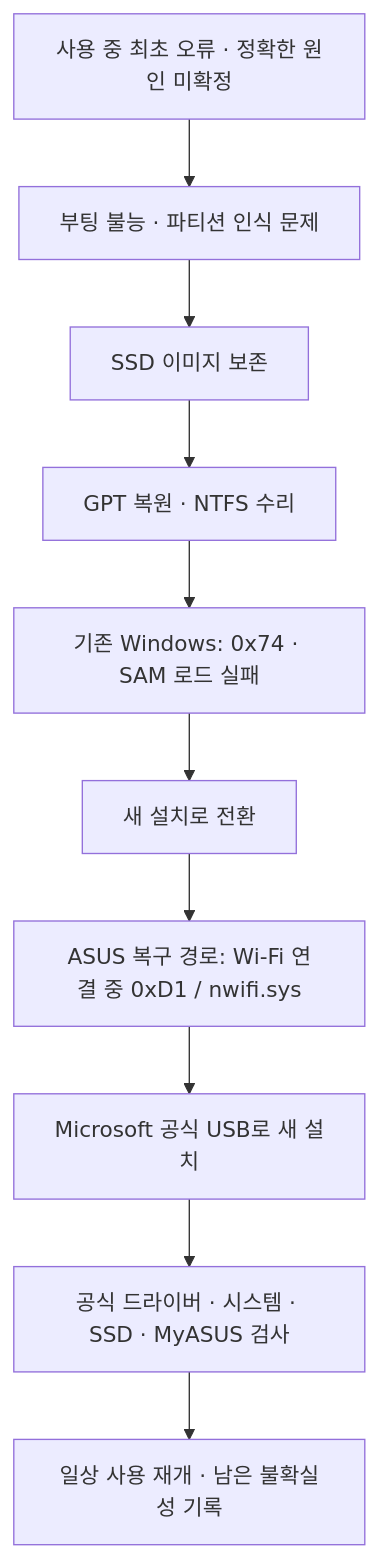
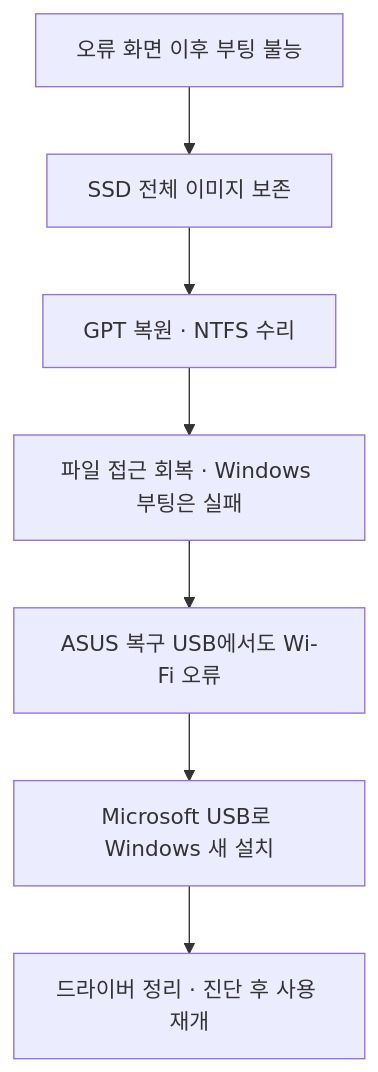
One commit to MoriochoRadio/asus-g14-recovery-journal changed the diagram in README.md. Above: the diagram before and after it, drawn with Mermaid. The commit also changed other lines of this file and 8 other files, not shown here.

```diff
--- a/README.md
+++ b/README.md
@@ -26,12 +32,9 @@
 ~~~mermaid
 flowchart TD
-    A["사용 중 최초 오류 · 정확한 원인 미확정"] --> B["부팅 불능 · 파티션 인식 문제"]
-    B --> C["SSD 이미지 보존"]
-    C --> D["GPT 복원 · NTFS 수리"]
-    D --> E["기존 Windows: 0x74 · SAM 로드 실패"]
-    E --> F["새 설치로 전환"]
-    F --> G["ASUS 복구 경로: Wi-Fi 연결 중 0xD1 / nwifi.sys"]
-    G --> H["Microsoft 공식 USB로 새 설치"]
-    H --> I["공식 드라이버 · 시스템 · SSD · MyASUS 검사"]
-    I --> J["일상 사용 재개 · 남은 불확실성 기록"]
+    A["오류 화면 이후 부팅 불능"] --> B["SSD 전체 이미지 보존"]
+    B --> C["GPT 복원 · NTFS 수리"]
+    C --> D["파일 접근 회복 · Windows 부팅은 실패"]
+    D --> E["ASUS 복구 USB에서도 Wi-Fi 오류"]
+    E --> F["Microsoft USB로 Windows 새 설치"]
+    F --> G["드라이버 정리 · 진단 후 사용 재개"]
 ~~~
```
